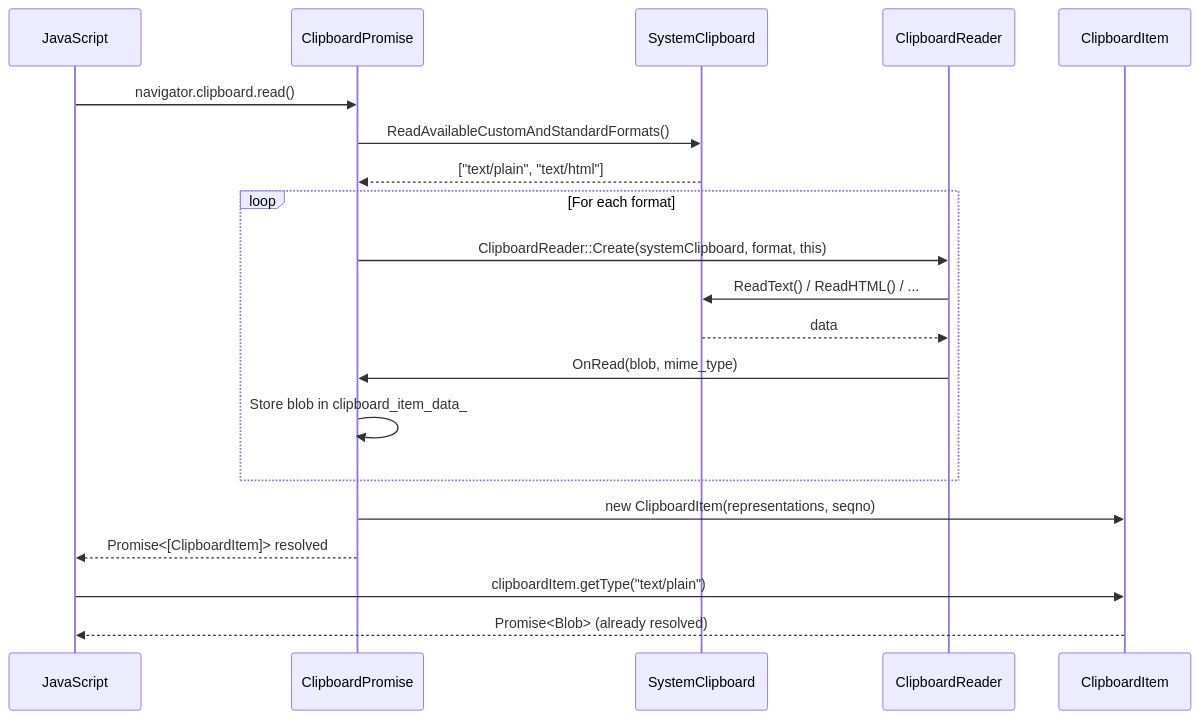
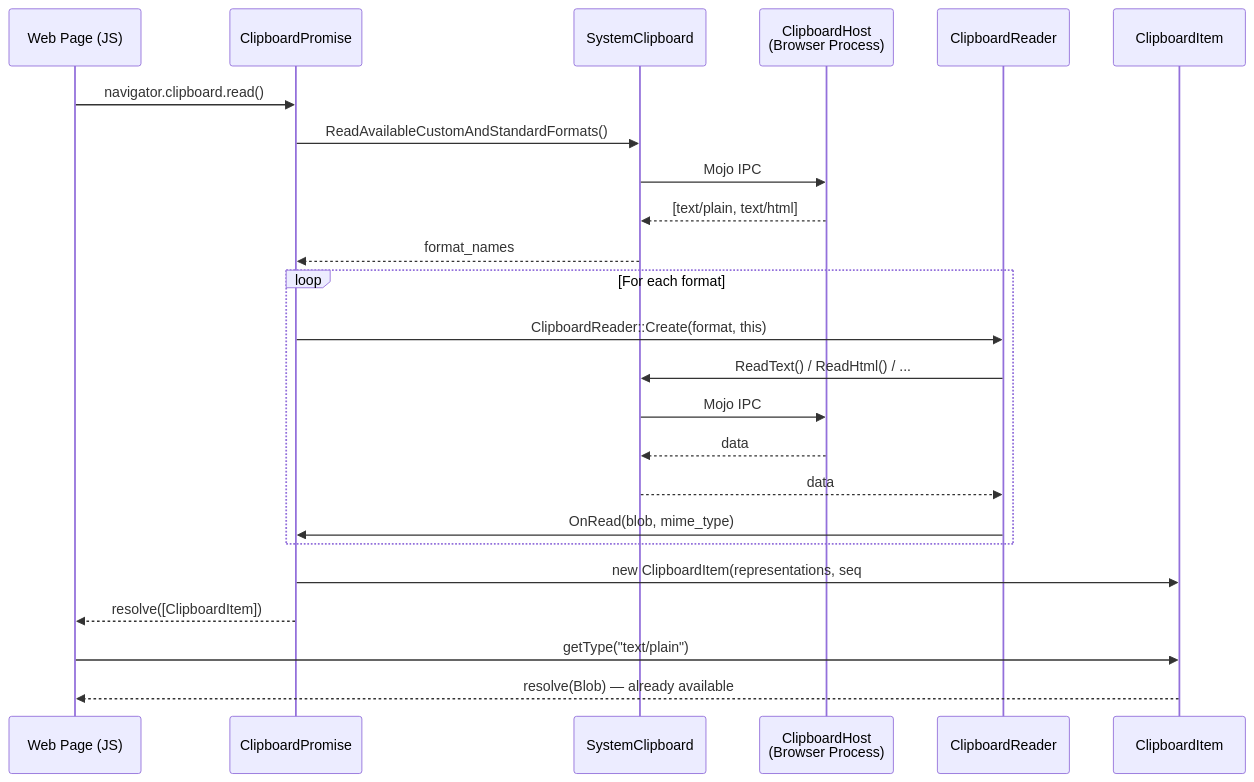
One commit to roraja/cr-llm-docs changed the third of 3 diagrams in fixes/cl-6978530-20260228/hld.md. Above: the diagram before and after it, drawn with Mermaid. The commit also changed other lines of this file, not shown here.

````diff
--- a/fixes/cl-6978530-20260228/hld.md
+++ b/fixes/cl-6978530-20260228/hld.md
@@ -163,23 +154,30 @@
 ```mermaid
 sequenceDiagram
-    participant JS as JavaScript
+    participant Page as Web Page (JS)
     participant CP as ClipboardPromise
     participant SC as SystemClipboard
+    participant CH as ClipboardHost<br/>(Browser Process)
     participant CR as ClipboardReader
     participant CI as ClipboardItem
 
-    JS->>CP: navigator.clipboard.read()
+    Page->>CP: navigator.clipboard.read()
     CP->>SC: ReadAvailableCustomAndStandardFormats()
-    SC-->>CP: ["text/plain", "text/html"]
+    SC->>CH: Mojo IPC
+    CH-->>SC: [text/plain, text/html]
+    SC-->>CP: format_names
+
     loop For each format
-        CP->>CR: ClipboardReader::Create(systemClipboard, format, this)
-        CR->>SC: ReadText() / ReadHTML() / ...
+        CP->>CR: ClipboardReader::Create(format, this)
+        CR->>SC: ReadText() / ReadHtml() / ...
+        SC->>CH: Mojo IPC
+        CH-->>SC: data
         SC-->>CR: data
         CR->>CP: OnRead(blob, mime_type)
-        CP->>CP: Store blob in clipboard_item_data_
     end
-    CP->>CI: new ClipboardItem(representations, seqno)
-    CP-->>JS: Promise<[ClipboardItem]> resolved
-    JS->>CI: clipboardItem.getType("text/plain")
-    CI-->>JS: Promise<Blob> (already resolved)
+
+    CP->>CI: new ClipboardItem(representations, seq#)
+    CP-->>Page: resolve([ClipboardItem])
+
+    Page->>CI: getType("text/plain")
+    CI-->>Page: resolve(Blob) — already available
 ```
````
